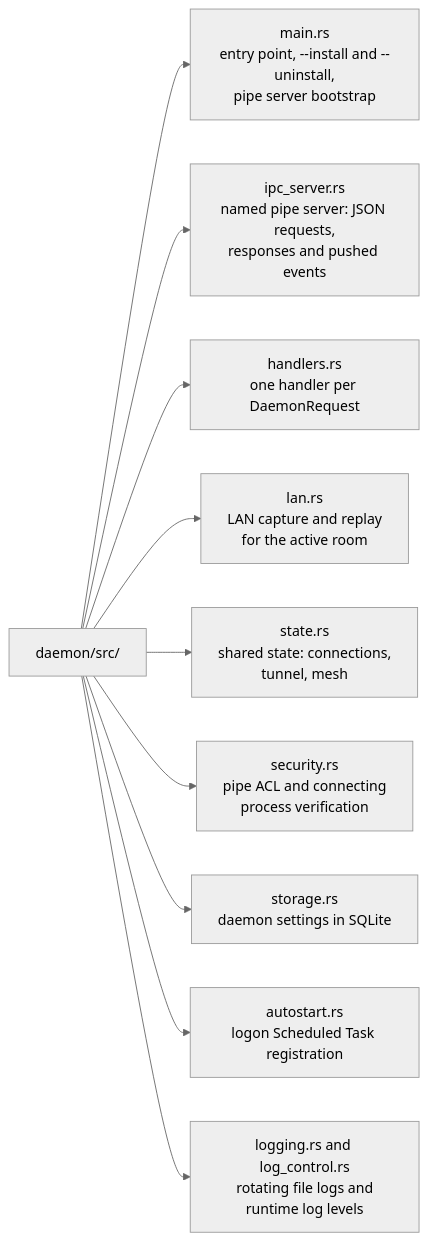
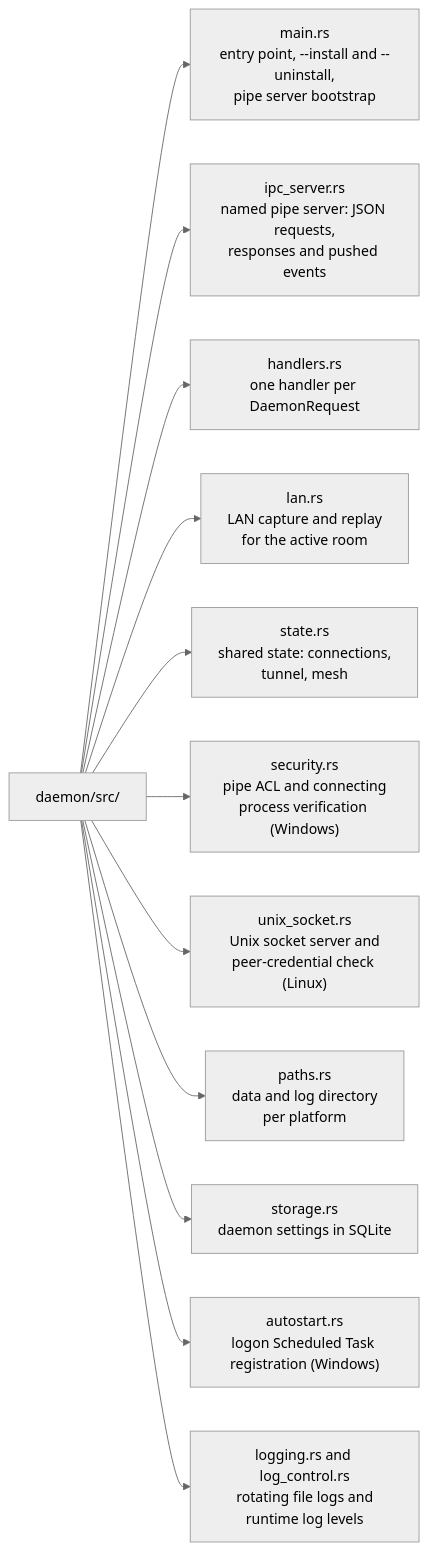
The diagram in daemon/README.md (jhonsferg/warlay), drawn with Mermaid (neutral theme) before and after one commit. The commit also changed other lines of this file, not shown here.

Commit message:
docs: document the Linux daemon

````diff
--- a/daemon/README.md
+++ b/daemon/README.md
@@ -30,13 +35,15 @@
 ```mermaid
 flowchart LR
     src["daemon/src/"]
     src --> main["main.rs<br/>entry point, --install and --uninstall,<br/>pipe server bootstrap"]
     src --> ipc["ipc_server.rs<br/>named pipe server: JSON requests,<br/>responses and pushed events"]
     src --> handlers["handlers.rs<br/>one handler per DaemonRequest"]
     src --> lan["lan.rs<br/>LAN capture and replay<br/>for the active room"]
     src --> state["state.rs<br/>shared state: connections,<br/>tunnel, mesh"]
-    src --> security["security.rs<br/>pipe ACL and connecting<br/>process verification"]
+    src --> security["security.rs<br/>pipe ACL and connecting<br/>process verification (Windows)"]
+    src --> unix["unix_socket.rs<br/>Unix socket server and<br/>peer-credential check (Linux)"]
+    src --> paths["paths.rs<br/>data and log directory<br/>per platform"]
     src --> storage["storage.rs<br/>daemon settings in SQLite"]
-    src --> autostart["autostart.rs<br/>logon Scheduled Task registration"]
+    src --> autostart["autostart.rs<br/>logon Scheduled Task registration (Windows)"]
     src --> logging["logging.rs and log_control.rs<br/>rotating file logs and<br/>runtime log levels"]
 ```
````
